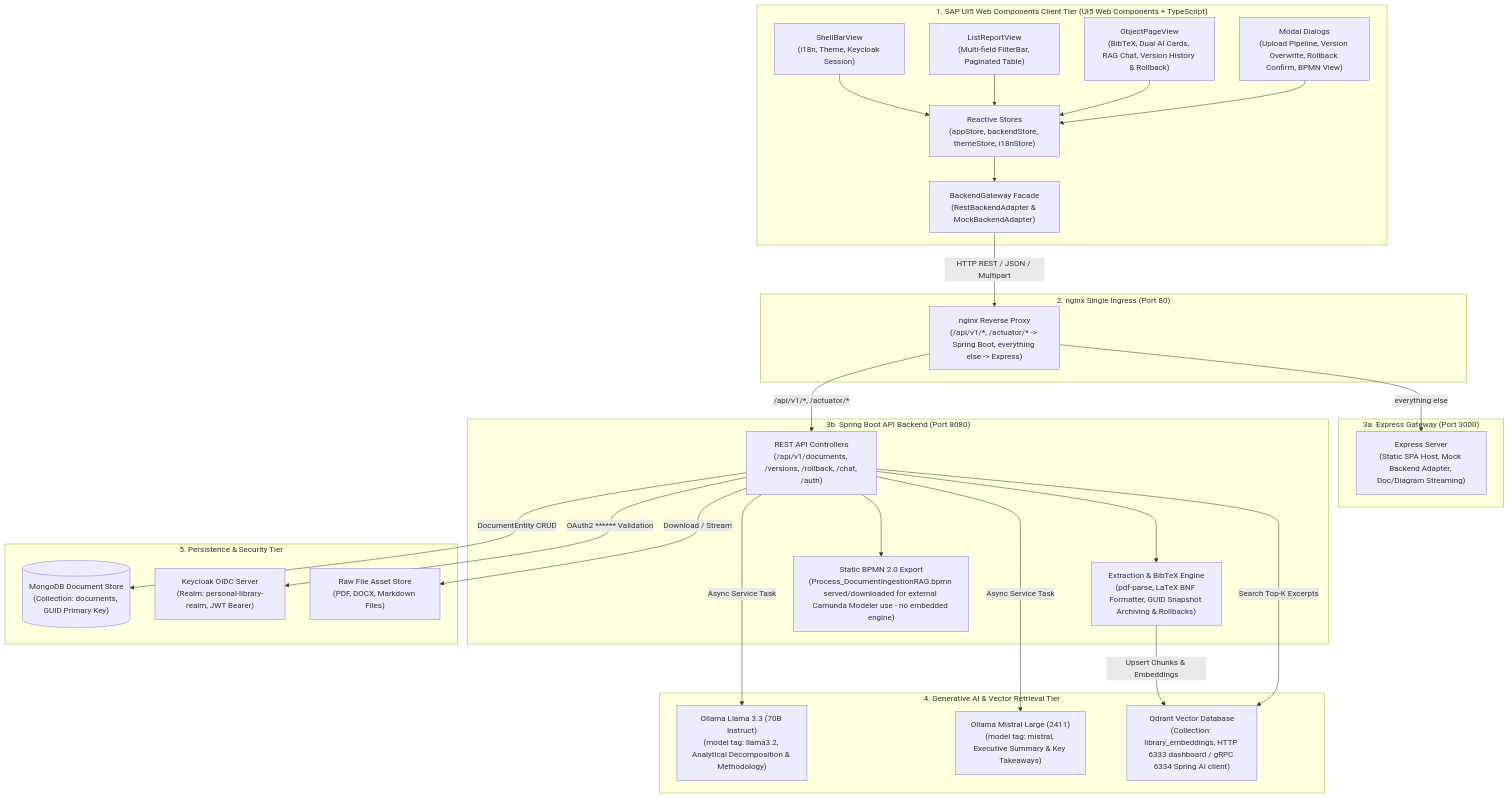
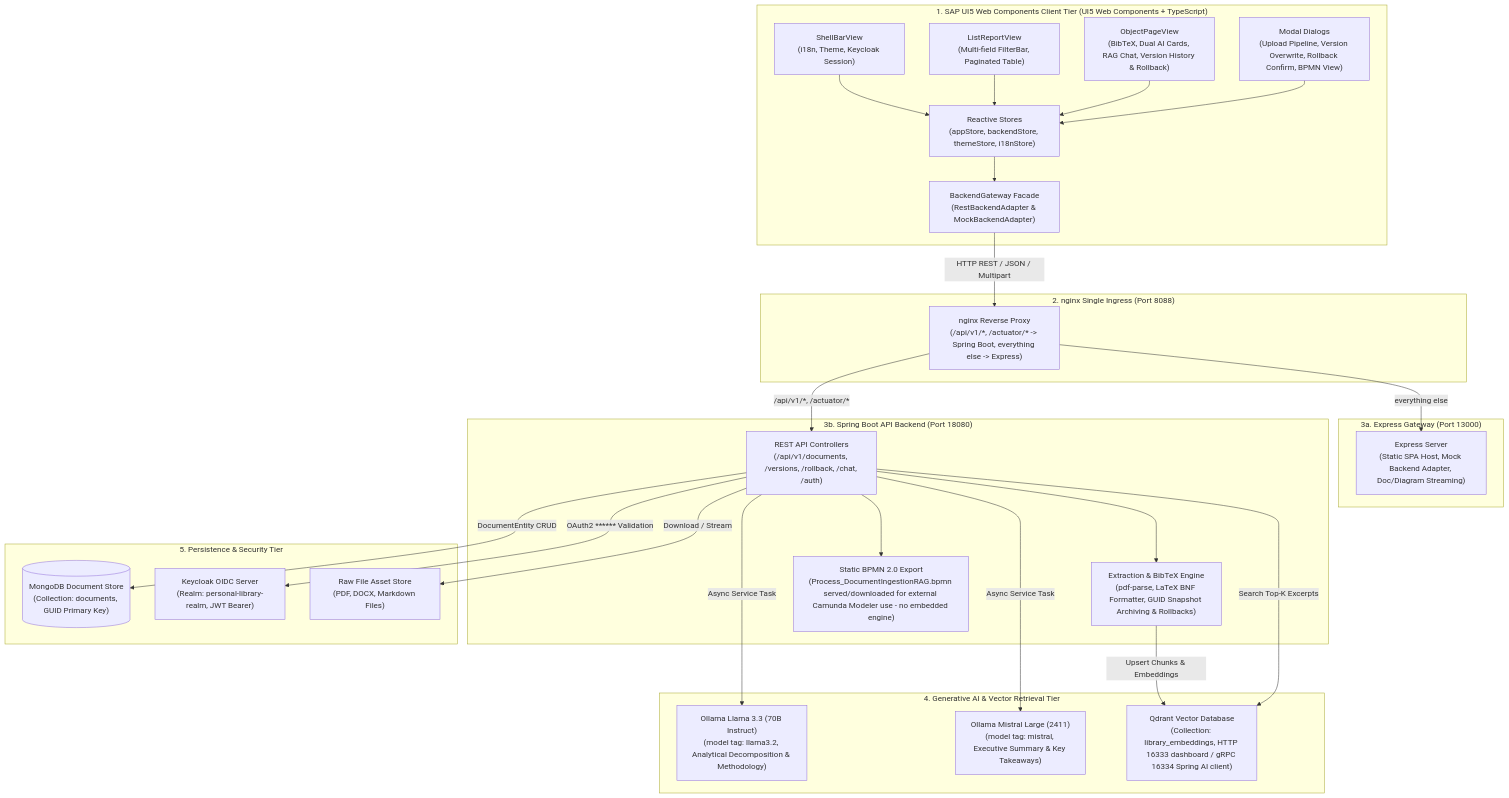
Before and after one commit to epascalau/personal-library: the diagram in docs/diagrams/architecture_diagrams.mmd, drawn with Mermaid. The commit also changed 74 other files, not shown here.

```diff
--- a/docs/diagrams/architecture_diagrams.mmd
+++ b/docs/diagrams/architecture_diagrams.mmd
@@ -1,56 +1,56 @@
 %% Mermaid C4 Container Diagram for Personal Library
 graph TD
     subgraph ClientTier["1. SAP UI5 Web Components Client Tier (UI5 Web Components + TypeScript)"]
         Shell["ShellBarView<br/>(i18n, Theme, Keycloak Session)"]
         ListReport["ListReportView<br/>(Multi-field FilterBar, Paginated Table)"]
         ObjectPage["ObjectPageView<br/>(BibTeX, Dual AI Cards, RAG Chat, Version History & Rollback)"]
         Dialogs["Modal Dialogs<br/>(Upload Pipeline, Version Overwrite, Rollback Confirm, BPMN View)"]
         Stores["Reactive Stores<br/>(appStore, backendStore, themeStore, i18nStore)"]
         Gateway["BackendGateway Facade<br/>(RestBackendAdapter & MockBackendAdapter)"]
         
         Shell --> Stores
         ListReport --> Stores
         ObjectPage --> Stores
         Dialogs --> Stores
         Stores --> Gateway
     end
 
-    subgraph IngressTier["2. nginx Single Ingress (Port 80)"]
+    subgraph IngressTier["2. nginx Single Ingress (Port 8088)"]
         Nginx["nginx Reverse Proxy<br/>(/api/v1/*, /actuator/* -&gt; Spring Boot, everything else -&gt; Express)"]
     end
 
-    subgraph NodeTier["3a. Express Gateway (Port 3000)"]
+    subgraph NodeTier["3a. Express Gateway (Port 13000)"]
         Express["Express Server<br/>(Static SPA Host, Mock Backend Adapter, Doc/Diagram Streaming)"]
     end
 
-    subgraph JavaTier["3b. Spring Boot API Backend (Port 8080)"]
+    subgraph JavaTier["3b. Spring Boot API Backend (Port 18080)"]
         Controllers["REST API Controllers<br/>(/api/v1/documents, /versions, /rollback, /chat, /auth)"]
         Extraction["Extraction & BibTeX Engine<br/>(pdf-parse, LaTeX BNF Formatter, GUID Snapshot Archiving & Rollbacks)"]
         Bpmn["Static BPMN 2.0 Export<br/>(Process_DocumentIngestionRAG.bpmn served/downloaded for external Camunda Modeler use - no embedded engine)"]
 
         Controllers --> Extraction
         Controllers --> Bpmn
     end
 
     subgraph AITier["4. Generative AI & Vector Retrieval Tier"]
         Llama["Ollama Llama 3.3 (70B Instruct)<br/>(model tag: llama3.2, Analytical Decomposition & Methodology)"]
         Mistral["Ollama Mistral Large (2411)<br/>(model tag: mistral, Executive Summary & Key Takeaways)"]
-        Qdrant["Qdrant Vector Database<br/>(Collection: library_embeddings, HTTP 6333 dashboard / gRPC 6334 Spring AI client)"]
+        Qdrant["Qdrant Vector Database<br/>(Collection: library_embeddings, HTTP 16333 dashboard / gRPC 16334 Spring AI client)"]
     end
 
     subgraph DataTier["5. Persistence & Security Tier"]
         MongoDB[("MongoDB Document Store<br/>(Collection: documents, GUID Primary Key)")]
         Keycloak["Keycloak OIDC Server<br/>(Realm: personal-library-realm, JWT Bearer)"]
         FileStore["Raw File Asset Store<br/>(PDF, DOCX, Markdown Files)"]
     end
 
     Gateway -->|HTTP REST / JSON / Multipart| Nginx
     Nginx -->|/api/v1/*, /actuator/*| Controllers
     Nginx -->|everything else| Express
     Controllers -->|Async Service Task| Llama
     Controllers -->|Async Service Task| Mistral
     Extraction -->|Upsert Chunks & Embeddings| Qdrant
     Controllers -->|Search Top-K Excerpts| Qdrant
     Controllers -->|DocumentEntity CRUD| MongoDB
     Controllers -->|OAuth2 ****** Validation| Keycloak
     Controllers -->|Download / Stream| FileStore
```
